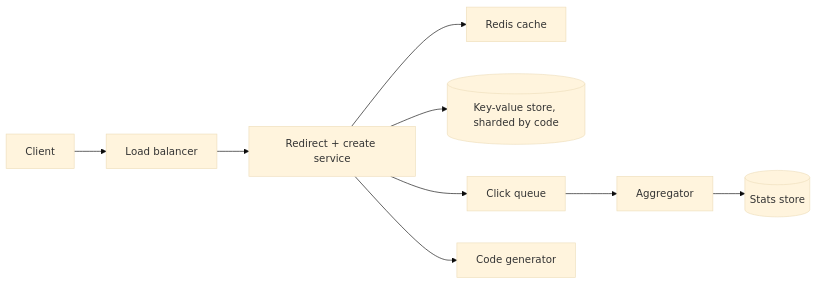
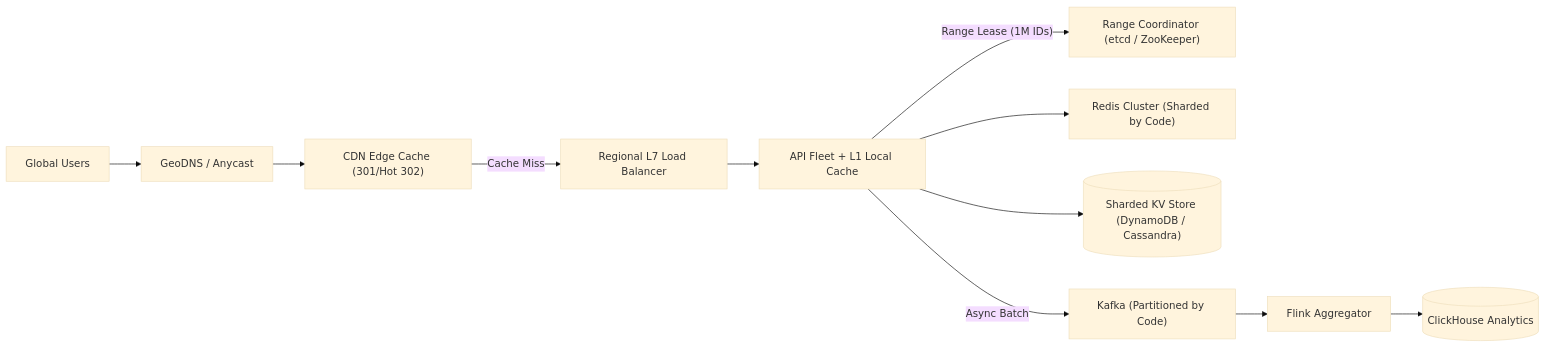
Before and after one commit to TapanKumarBarik/Backend-roadmap: the third of 5 diagrams in content/system-design/22-interview-design-problems/01-url-shortener/README.md, drawn with Mermaid (base theme). The commit also changed other lines of this file and 37 other files, not shown here.

Commit message:
Upgrade Track 22 (37 interview design problems) with scale-by-scale architecture evolution

````diff
--- a/content/system-design/22-interview-design-problems/01-url-shortener/README.md
+++ b/content/system-design/22-interview-design-problems/01-url-shortener/README.md
@@ -108,10 +211,12 @@
 ```mermaid
 flowchart LR
-  U["Client"] --> LB["Load balancer"]
-  LB --> API["Redirect + create service"]
-  API --> C["Redis cache"]
-  API --> DB[("Key-value store, sharded by code")]
-  API --> K["Click queue"]
-  K --> A["Aggregator"] --> S[("Stats store")]
-  API --> ID["Code generator"]
+  U["Global Users"] --> GSLB["GeoDNS / Anycast"]
+  GSLB --> CDN["CDN Edge Cache (301/Hot 302)"]
+  CDN -- "Cache Miss" --> LB["Regional L7 Load Balancer"]
+  LB --> API["API Fleet + L1 Local Cache"]
+  API -- "Range Lease (1M IDs)" --> Z["Range Coordinator (etcd / ZooKeeper)"]
+  API --> RC["Redis Cluster (Sharded by Code)"]
+  API --> KV[("Sharded KV Store (DynamoDB / Cassandra)")]
+  API -- "Async Batch" --> K["Kafka (Partitioned by Code)"]
+  K --> F["Flink Aggregator"] --> CH[("ClickHouse Analytics")]
 ```
````
